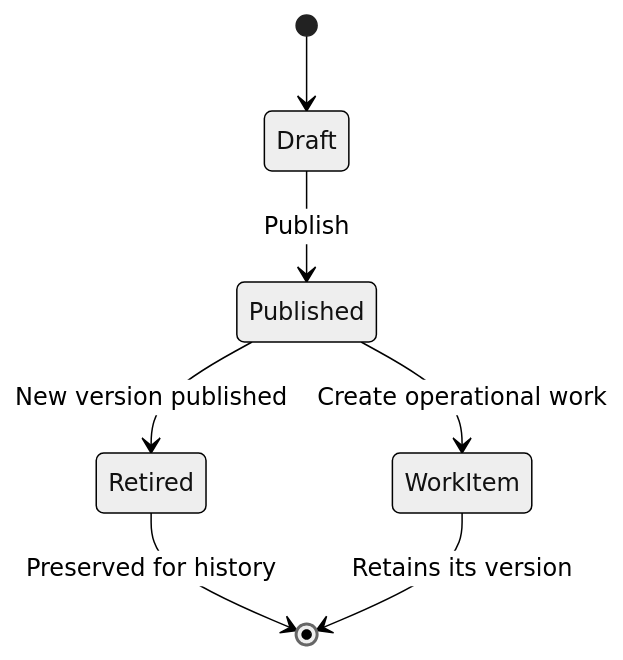
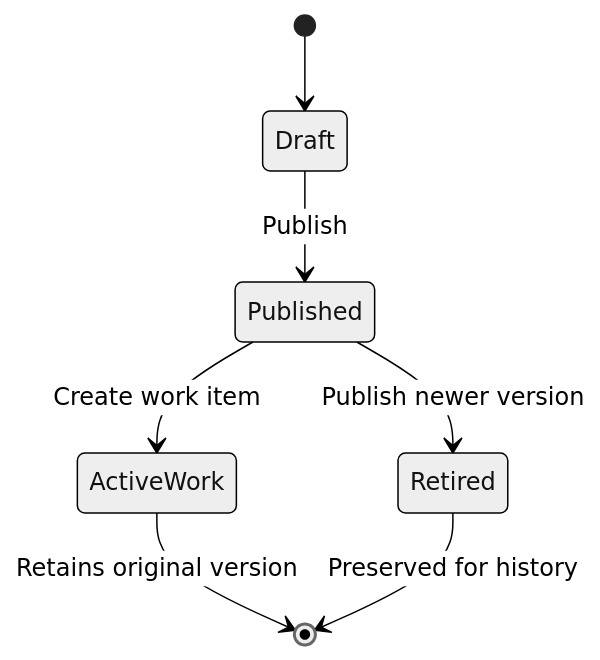
Before and after one commit to kay-freeman/flowlens: the second of 4 diagrams in README.md, drawn with Mermaid (neutral theme). The commit also changed other lines of this file and 1 other file, not shown here.

````diff
--- a/README.md
+++ b/README.md
@@ -195,9 +276,9 @@
 ```mermaid
 stateDiagram-v2
     [*] --> Draft
     Draft --> Published: Publish
-    Published --> WorkItem: Create operational work
-    Published --> Retired: New version published
+    Published --> ActiveWork: Create work item
+    Published --> Retired: Publish newer version
+    ActiveWork --> [*]: Retains original version
     Retired --> [*]: Preserved for history
-    WorkItem --> [*]: Retains its version
 ```
````
